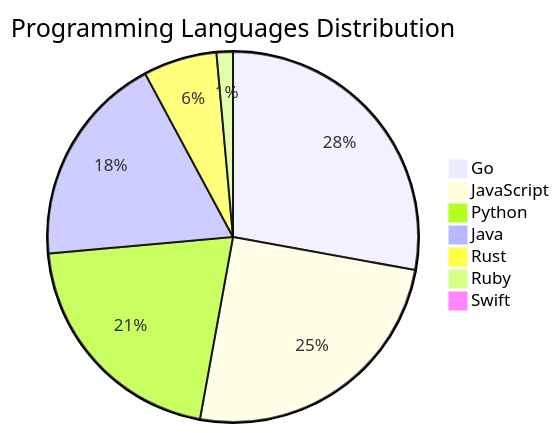
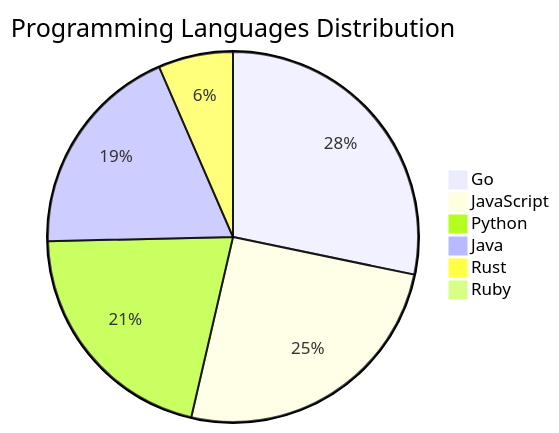
Before and after one commit to Derrick-MUGISHA/github-activity-bot: the diagram in README.md, drawn with Mermaid. The commit also changed other lines of this file and 4 other files, not shown here.

````diff
--- a/README.md
+++ b/README.md
@@ -207,10 +206,9 @@
 ```mermaid
 pie title Programming Languages Distribution
     "Go" : 39
     "JavaScript" : 35
     "Python" : 29
     "Java" : 26
     "Rust" : 9
-    "Ruby" : 2
-    "Swift" : 1
+    "Ruby" : 1
 ```
````
